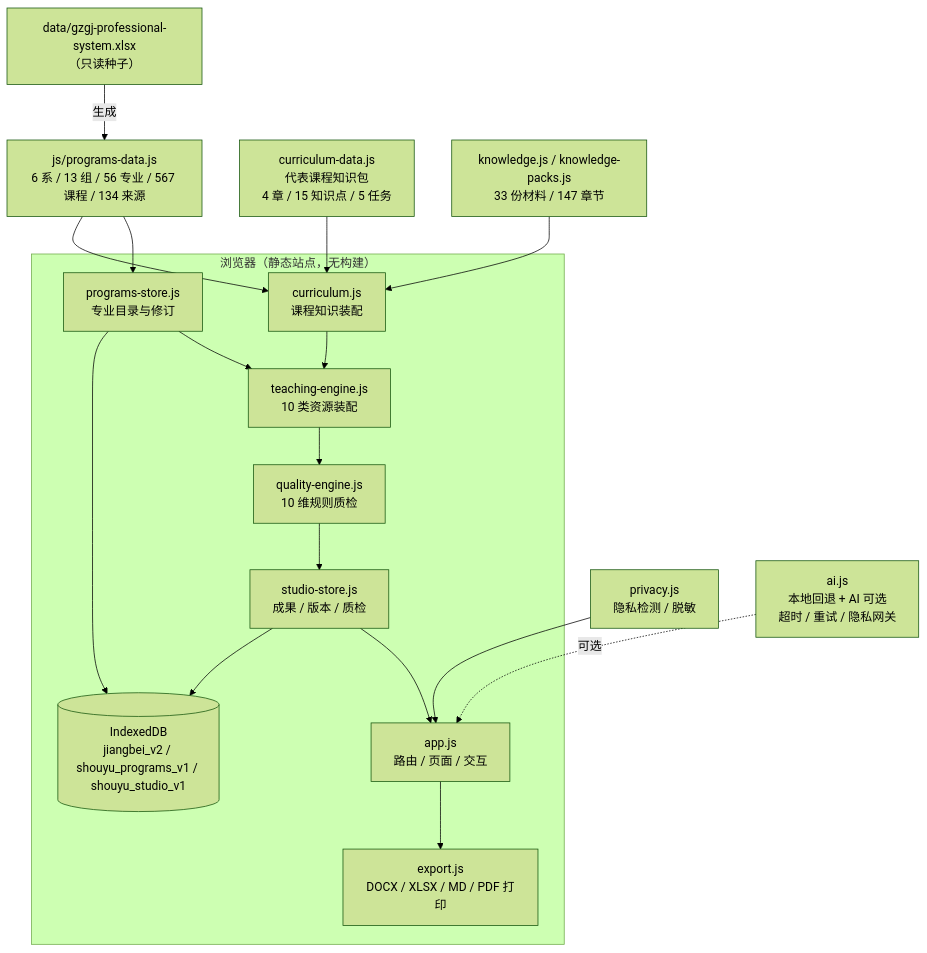
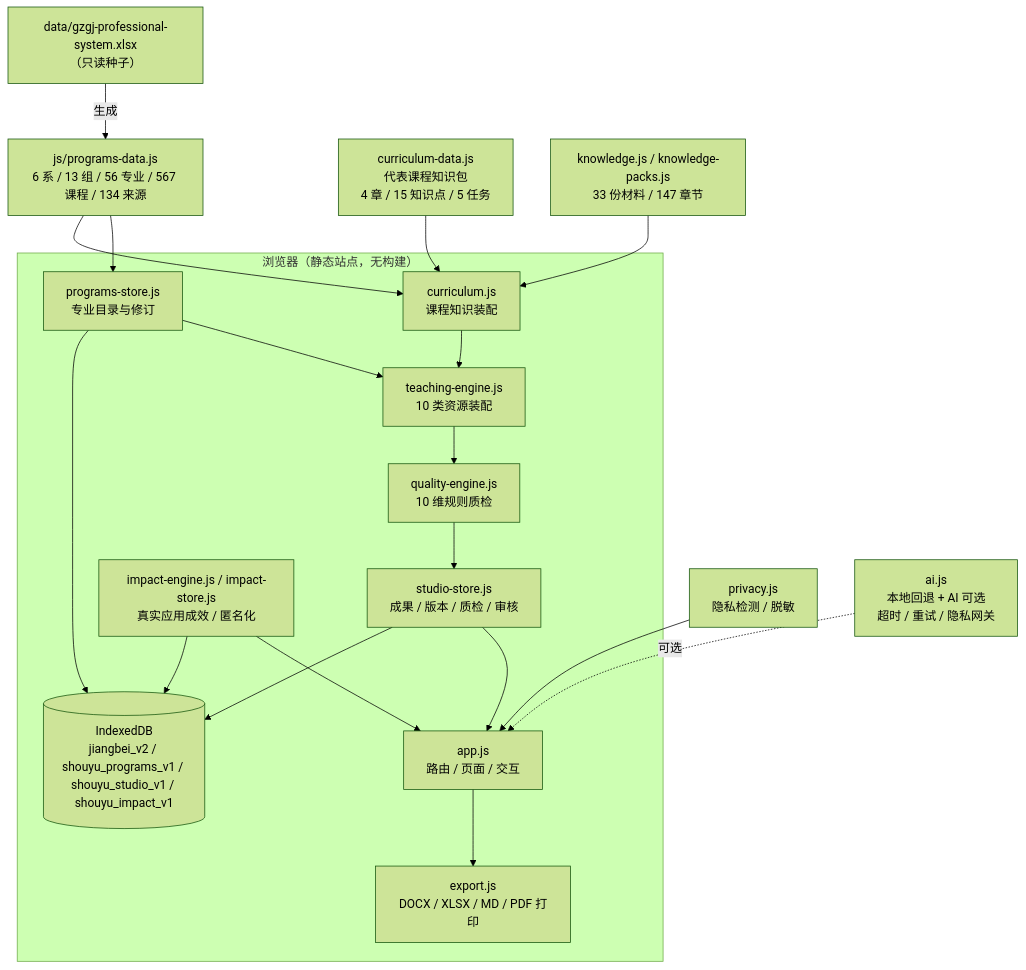
One commit to htfyu/shouyu-teacher changed the diagram in docs/核心技术架构.md. Above: the diagram before and after it, drawn with Mermaid (forest theme). The commit also changed other lines of this file and 47 other files, not shown here.

````diff
--- a/docs/核心技术架构.md
+++ b/docs/核心技术架构.md
@@ -5,29 +5,32 @@
 ```mermaid
 flowchart TB
   subgraph Browser["浏览器（静态站点，无构建）"]
     UI["app.js<br/>路由 / 页面 / 交互"]
     Studio["teaching-engine.js<br/>10 类资源装配"]
     Curriculum["curriculum.js<br/>课程知识装配"]
     Quality["quality-engine.js<br/>10 维规则质检"]
     Programs["programs-store.js<br/>专业目录与修订"]
-    StudioStore["studio-store.js<br/>成果 / 版本 / 质检"]
-    DB[("IndexedDB<br/>jiangbei_v2 / shouyu_programs_v1 / shouyu_studio_v1")]
+    StudioStore["studio-store.js<br/>成果 / 版本 / 质检 / 审核"]
+    Impact["impact-engine.js / impact-store.js<br/>真实应用成效 / 匿名化"]
+    DB[("IndexedDB<br/>jiangbei_v2 / shouyu_programs_v1 / shouyu_studio_v1 / shouyu_impact_v1")]
     Export["export.js<br/>DOCX / XLSX / MD / PDF 打印"]
   end
 
   Seed["data/gzgj-professional-system.xlsx<br/>（只读种子）"] -->|生成| Data["js/programs-data.js<br/>6 系 / 13 组 / 56 专业 / 567 课程 / 134 来源"]
   Data --> Programs
   Data --> Curriculum
   Pack["curriculum-data.js<br/>代表课程知识包<br/>4 章 / 15 知识点 / 5 任务"] --> Curriculum
   Curriculum --> Studio
   Programs --> Studio
   Studio --> Quality
   Quality --> StudioStore
   StudioStore --> UI
+  Impact --> UI
   Programs --> DB
   StudioStore --> DB
+  Impact --> DB
   UI --> Export
   KB["knowledge.js / knowledge-packs.js<br/>33 份材料 / 147 章节"] --> Curriculum
   Security["privacy.js<br/>隐私检测 / 脱敏"] --> UI
   AI["ai.js<br/>本地回退 + AI 可选<br/>超时 / 重试 / 隐私网关"] -.可选.-> UI
 ```
````
